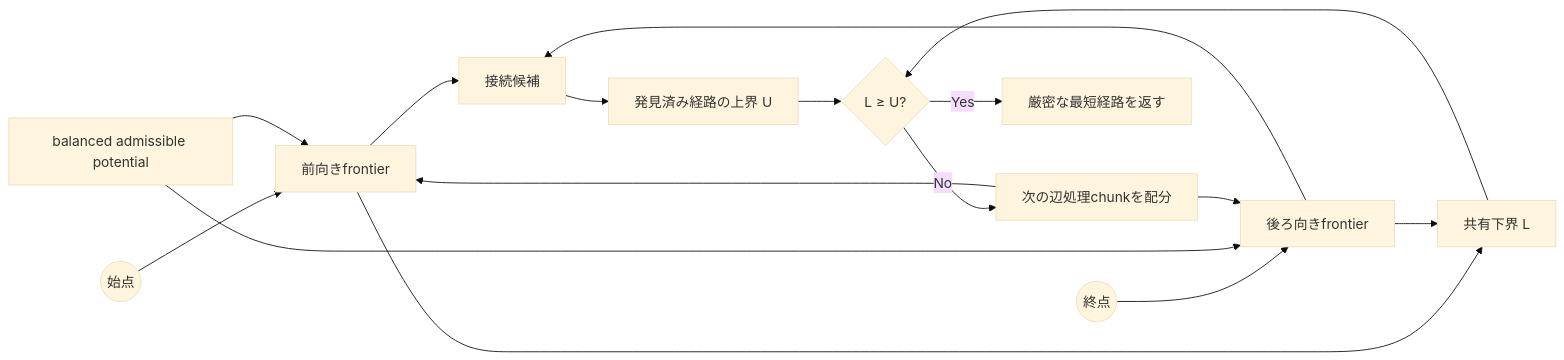
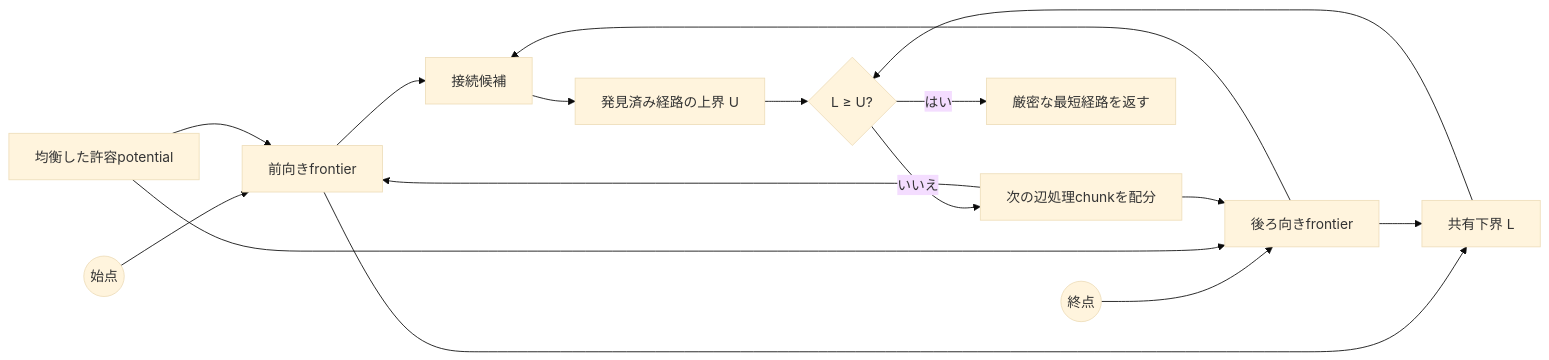
One commit to lasder-ca/aegis-acbs changed the diagram in README.ja.md. Above: the diagram before and after it, drawn with Mermaid (base theme). The commit also changed other lines of this file and 1 other file, not shown here.

````diff
--- a/README.ja.md
+++ b/README.ja.md
@@ -36,18 +36,18 @@
 ```mermaid
 flowchart LR
     S((始点)) --> F[前向きfrontier]
     T((終点)) --> B[後ろ向きfrontier]
-    P[balanced admissible potential] --> F
+    P[均衡した許容potential] --> F
     P --> B
     F --> C[接続候補]
     B --> C
     C --> U[発見済み経路の上界 U]
     F --> L[共有下界 L]
     B --> L
     L --> G{L ≥ U?}
     U --> G
-    G -- No --> A[次の辺処理chunkを配分]
+    G -- いいえ --> A[次の辺処理chunkを配分]
     A --> F
     A --> B
-    G -- Yes --> R[厳密な最短経路を返す]
+    G -- はい --> R[厳密な最短経路を返す]
 ```
````
